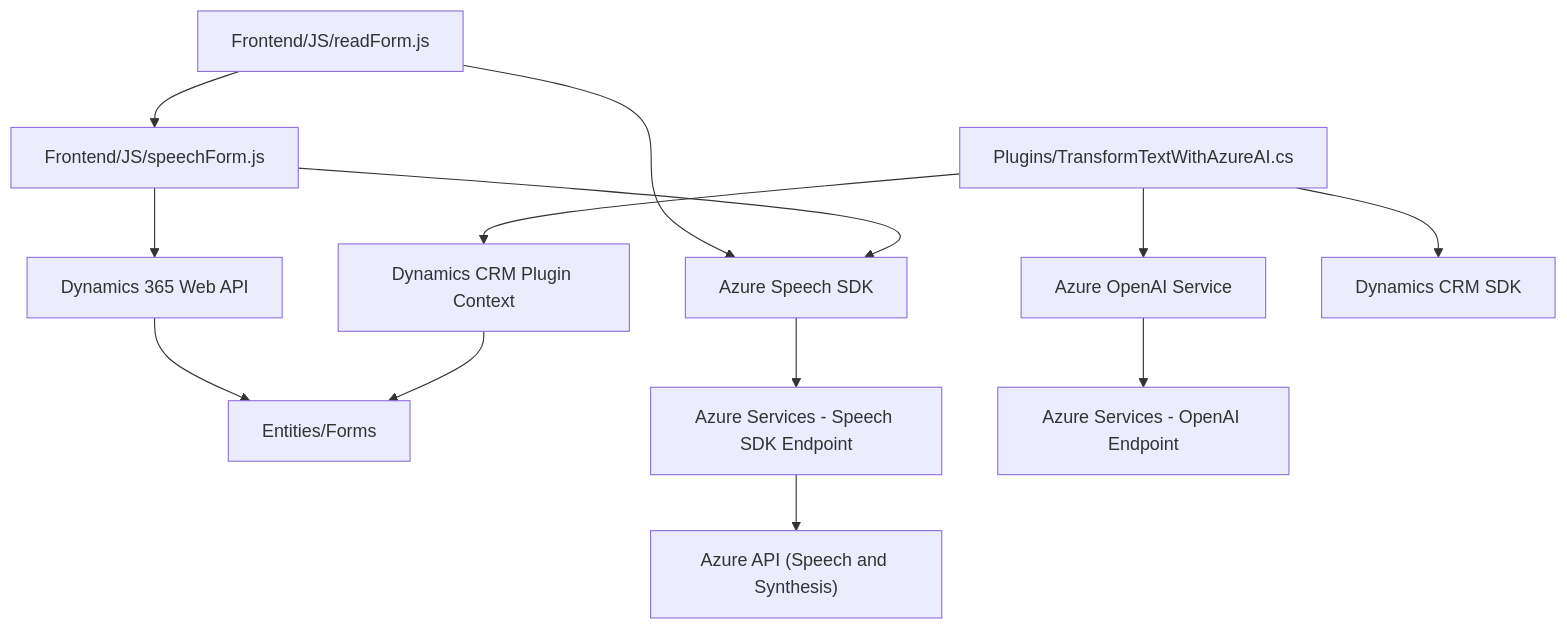
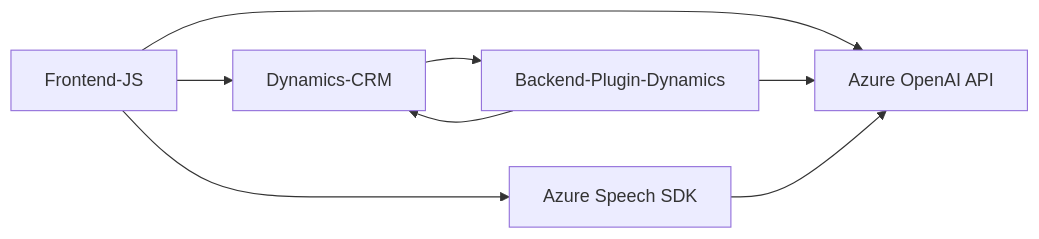
One commit to blopezdm/NETCORE_BILBAO2025 changed the diagram in README.md. Above: the diagram before and after it, drawn with Mermaid. The commit also changed other lines of this file, not shown here.

````diff
--- a/README.md
+++ b/README.md
@@ -36,17 +33,16 @@
 ```mermaid
-graph TD
-A["Frontend/JS/readForm.js"] --> B["Frontend/JS/speechForm.js"]
-A --> C["Azure Speech SDK"]
-B --> C
-B --> D["Dynamics 365 Web API"]
-D --> E["Entities/Forms"]
+graph LR
+    A["Frontend-JS"]
+    B["Backend-Plugin-Dynamics"]
+    C["Azure Speech SDK"]
+    D["Azure OpenAI API"]
+    E["Dynamics-CRM"]
 
-C --> F["Azure Services - Speech SDK Endpoint"]
-F --> G["Azure API (Speech and Synthesis)"]
-
-H["Plugins/TransformTextWithAzureAI.cs"] --> I["Azure OpenAI Service"]
-H --> J["Dynamics CRM Plugin Context"]
-H --> K["Dynamics CRM SDK"]
-J --> E
-I --> L["Azure Services - OpenAI Endpoint"]
+    A --> C
+    A --> E
+    A --> D
+    B --> D
+    B --> E
+    C --> D
+    E --> B
 ```
````
